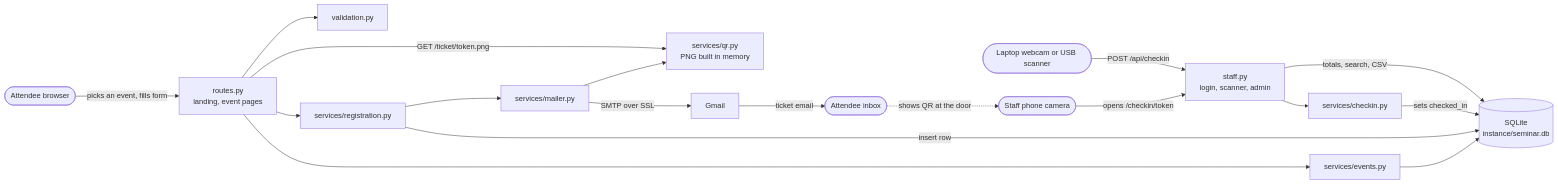
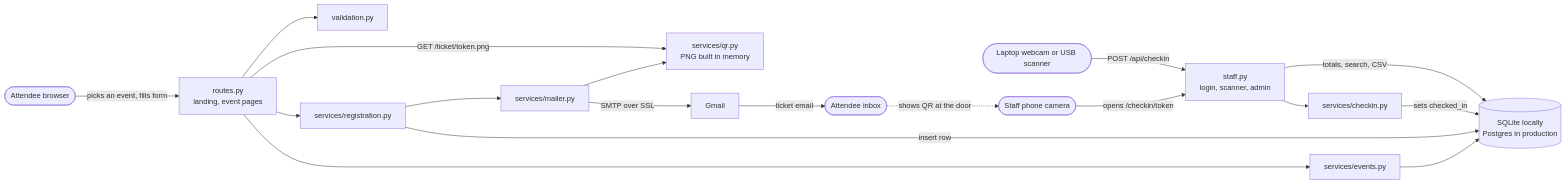
The diagram in quadra/README.md (lauurnce/my-side-projects), drawn with Mermaid before and after one commit. The commit also changed other lines of this file and 1 other file, not shown here.

````diff
--- a/quadra/README.md
+++ b/quadra/README.md
@@ -22,21 +22,21 @@
 ```mermaid
 flowchart LR
     attendee([Attendee browser]) -->|picks an event, fills form| routes[routes.py<br>landing, event pages]
     routes --> events[services/events.py]
     events --> db
     routes --> validation[validation.py]
     routes --> registration[services/registration.py]
-    registration -->|insert row| db[(SQLite<br>instance/seminar.db)]
+    registration -->|insert row| db[(SQLite locally<br>Postgres in production)]
     registration --> mailer[services/mailer.py]
     mailer --> qr[services/qr.py<br>PNG built in memory]
     routes -->|GET /ticket/token.png| qr
     mailer -->|SMTP over SSL| gmail[Gmail]
     gmail -->|ticket email| inbox([Attendee inbox])
 
     inbox -.->|shows QR at the door| phone([Staff phone camera])
     phone -->|opens /checkin/token| staff[staff.py<br>login, scanner, admin]
     laptop([Laptop webcam or USB scanner]) -->|POST /api/checkin| staff
     staff --> checkin[services/checkin.py]
     checkin -->|sets checked_in| db
     staff -->|totals, search, CSV| db
 ```
````
